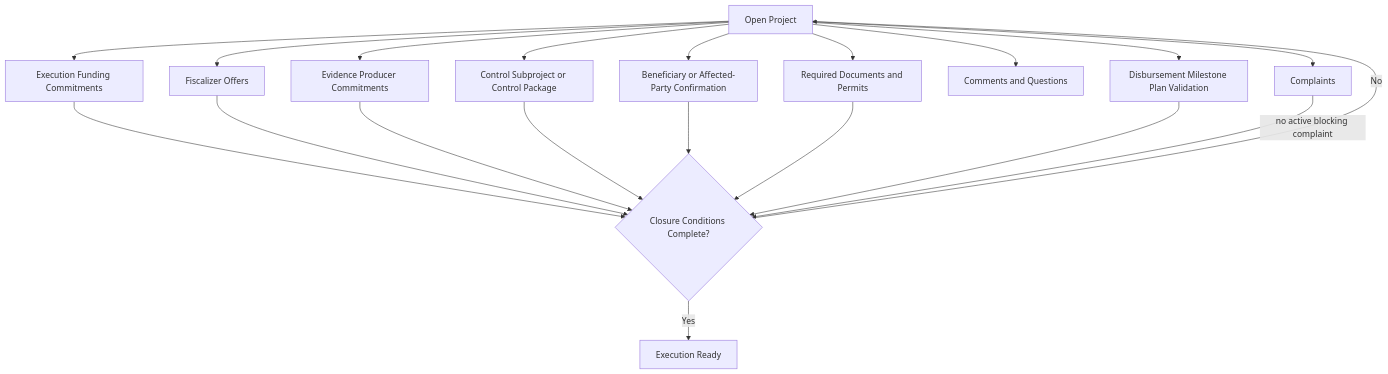
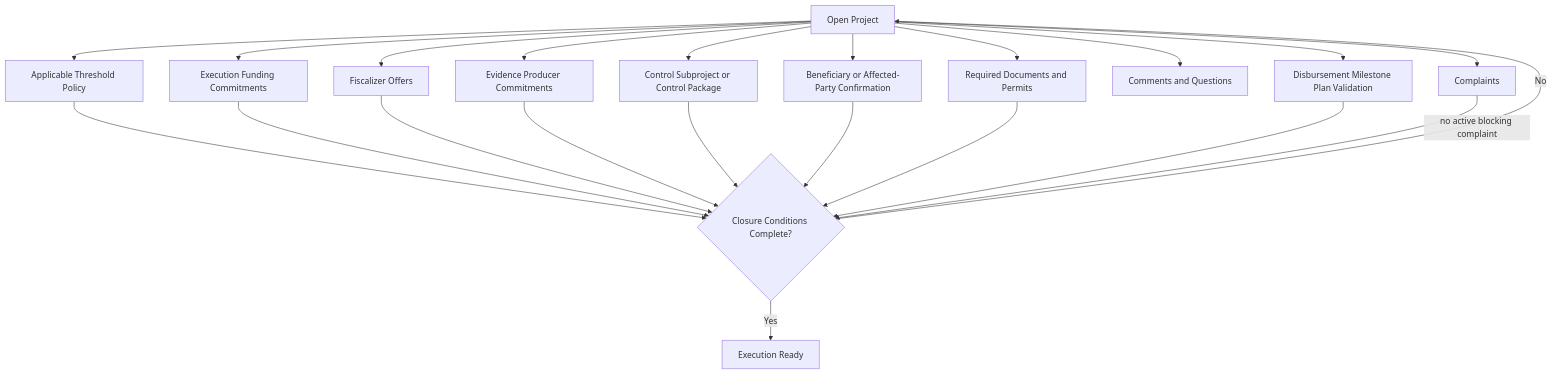
Before and after one commit to moffermann/distributed-governance-research: the diagram in docs/diagrams/v0-open-project-parallel-closure.md, drawn with Mermaid. The commit also changed other lines of this file and 14 other files, not shown here.

````diff
--- a/docs/diagrams/v0-open-project-parallel-closure.md
+++ b/docs/diagrams/v0-open-project-parallel-closure.md
@@ -9,26 +9,28 @@
 ```mermaid
 flowchart TD
     OP[Open Project]
 
+    OP --> TP[Applicable Threshold Policy]
     OP --> F[Execution Funding Commitments]
     OP --> FS[Fiscalizer Offers]
     OP --> EP[Evidence Producer Commitments]
     OP --> CP[Control Subproject or Control Package]
     OP --> B[Beneficiary or Affected-Party Confirmation]
     OP --> D[Required Documents and Permits]
     OP --> C[Comments and Questions]
     OP --> Q[Complaints]
     OP --> MP[Disbursement Milestone Plan Validation]
 
+    TP --> CC
     F --> CC{Closure Conditions Complete?}
     FS --> CC
     EP --> CC
     CP --> CC
     B --> CC
     D --> CC
     MP --> CC
     Q -->|no active blocking complaint| CC
 
     CC -->|No| OP
     CC -->|Yes| ER[Execution Ready]
 ```
````
